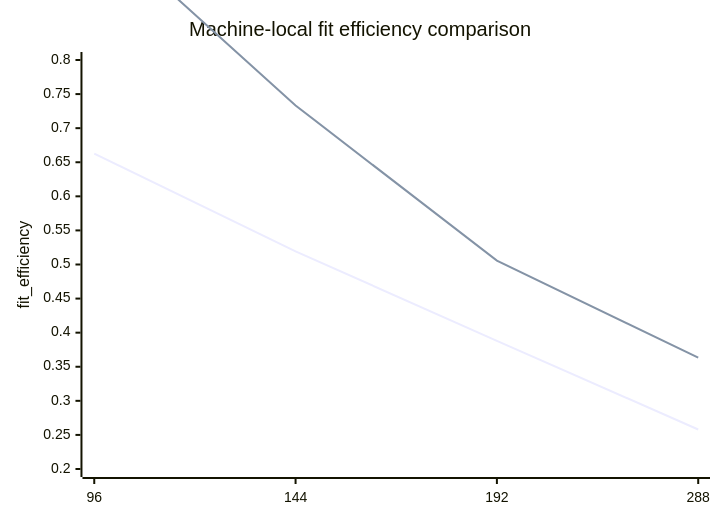
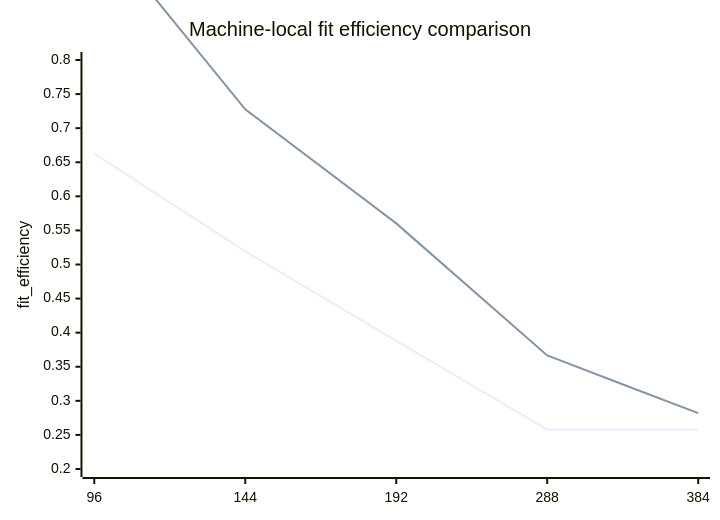
The fourth of 4 diagrams in docs/compare-yi-cwf-vs-hpcserver-scaling.md (bobjiang82/deepforest-cwf), drawn with Mermaid before and after one commit. The commit also changed other lines of this file and 7 other files, not shown here.

````diff
--- a/docs/compare-yi-cwf-vs-hpcserver-scaling.md
+++ b/docs/compare-yi-cwf-vs-hpcserver-scaling.md
@@ -112,8 +115,8 @@
 ```mermaid
 xychart-beta
     title "Machine-local fit efficiency comparison"
-    x-axis [96, 144, 192, 288]
+    x-axis [96, 144, 192, 288, 384]
     y-axis "fit_efficiency" 0.20 --> 0.80
-    line [0.662712, 0.519289, 0.388024, 0.257955]
-    line [1.000000, 0.733346, 0.505638, 0.363247]
+    line [0.662712, 0.519289, 0.388024, 0.257955, 0.257955]
+    line [1.000000, 0.727653, 0.560299, 0.366522, 0.281945]
 ```
````
